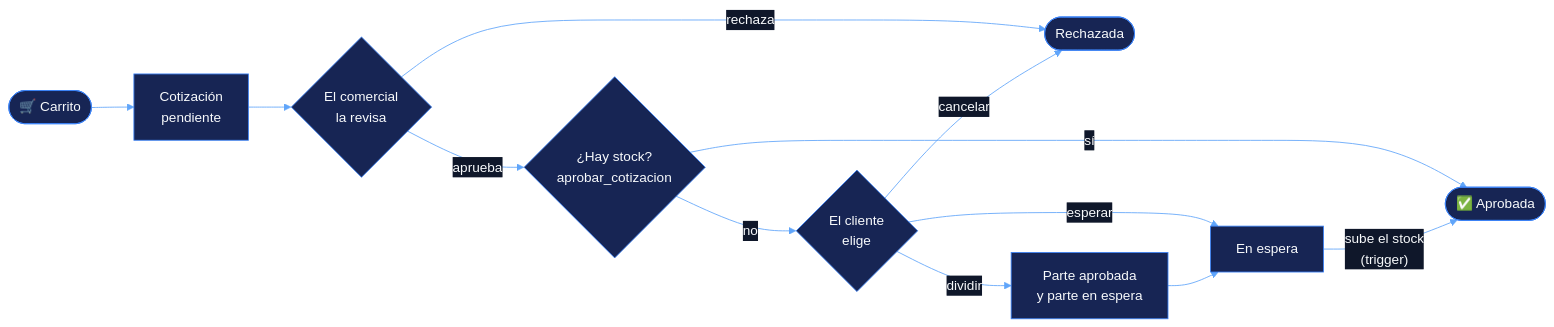
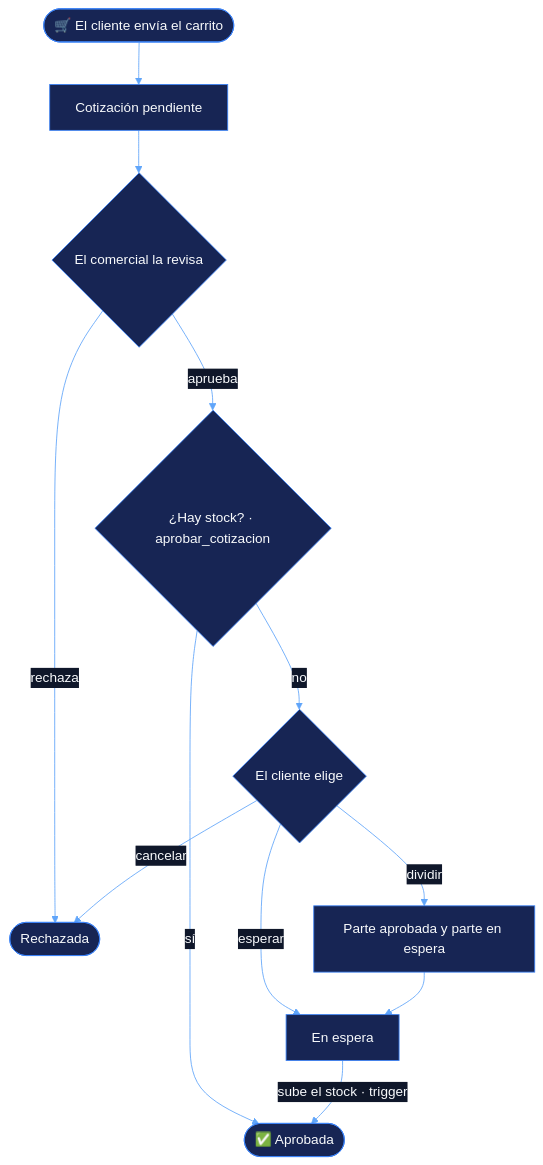
One commit to robertorayo/DistribuTech-Pro changed the diagram in README.md. Above: the diagram before and after it, drawn with Mermaid.

Commit message:
README: diagrama del control de stock en vertical

````diff
--- a/README.md
+++ b/README.md
@@ -84,15 +84,15 @@
 ```mermaid
 %%{init: {'theme':'base','themeVariables':{'primaryColor':'#172554','primaryTextColor':'#f8fafc','primaryBorderColor':'#3b82f6','lineColor':'#60a5fa','secondaryColor':'#0f172a','tertiaryColor':'#0f172a','fontFamily':'Segoe UI, Arial, sans-serif'}}}%%
-flowchart LR
-    A([🛒 Carrito]) --> B[Cotización<br/>pendiente]
-    B --> C{El comercial<br/>la revisa}
-    C -- rechaza --> R([Rechazada])
-    C -- aprueba --> S{¿Hay stock?<br/>aprobar_cotizacion}
-    S -- sí --> OK([✅ Aprobada])
-    S -- no --> E{El cliente<br/>elige}
-    E -- dividir --> D[Parte aprobada<br/>y parte en espera]
-    E -- esperar --> W[En espera]
-    E -- cancelar --> R
+flowchart TD
+    A([🛒 El cliente envía el carrito]) --> B[Cotización pendiente]
+    B --> C{El comercial la revisa}
+    C -->|" rechaza "| R([Rechazada])
+    C -->|" aprueba "| S{"¿Hay stock? · aprobar_cotizacion"}
+    S -->|" sí "| OK([✅ Aprobada])
+    S -->|" no "| E{El cliente elige}
+    E -->|" cancelar "| R
+    E -->|" dividir "| D[Parte aprobada y parte en espera]
+    E -->|" esperar "| W[En espera]
     D --> W
-    W -- "sube el stock<br/>(trigger)" --> OK
+    W -->|" sube el stock · trigger "| OK
 ```
````
